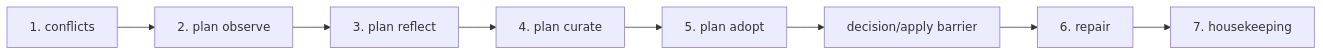
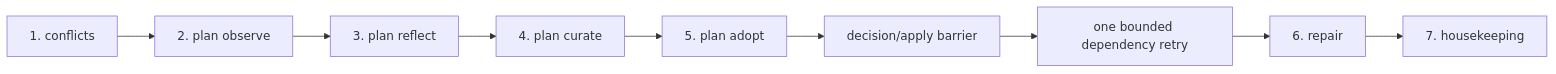
One commit to tenphi/akno changed the seventh of 7 diagrams in HOW-IT-WORKS.md. Above: the diagram before and after it, drawn with Mermaid. The commit also changed other lines of this file and 5 other files, not shown here.

Commit message:
feat: retry dependency-deferred dream phases

````diff
--- a/HOW-IT-WORKS.md
+++ b/HOW-IT-WORKS.md
@@ -750,4 +750,4 @@
 ```mermaid
 flowchart LR
-    conflicts["1. conflicts"] --> observe["2. plan observe"] --> reflect["3. plan reflect"] --> curate["4. plan curate"] --> adopt["5. plan adopt"] --> barrier["decision/apply barrier"] --> repair["6. repair"] --> housekeeping["7. housekeeping"]
+    conflicts["1. conflicts"] --> observe["2. plan observe"] --> reflect["3. plan reflect"] --> curate["4. plan curate"] --> adopt["5. plan adopt"] --> barrier["decision/apply barrier"] --> retry["one bounded dependency retry"] --> repair["6. repair"] --> housekeeping["7. housekeeping"]
 ```
````
